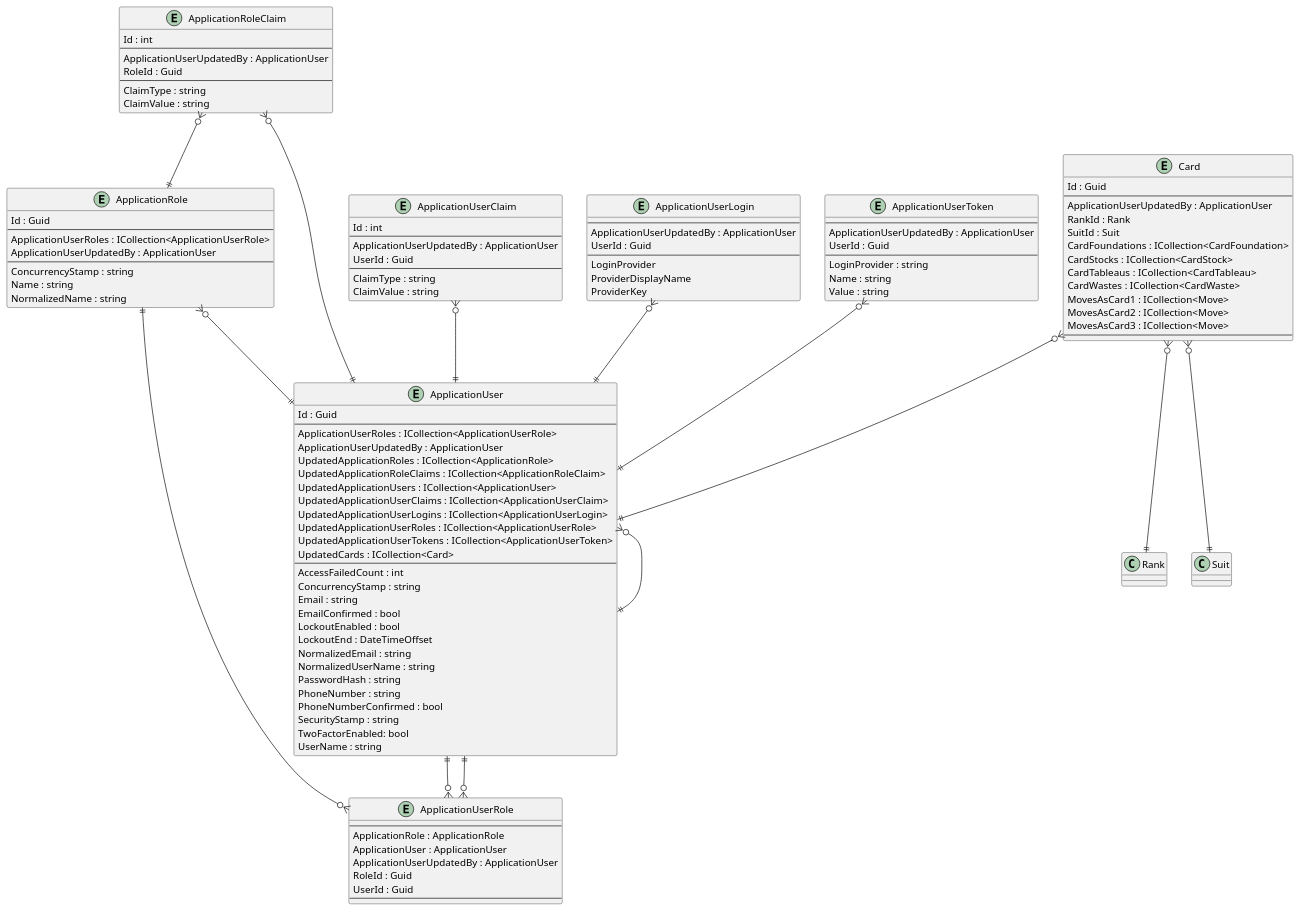
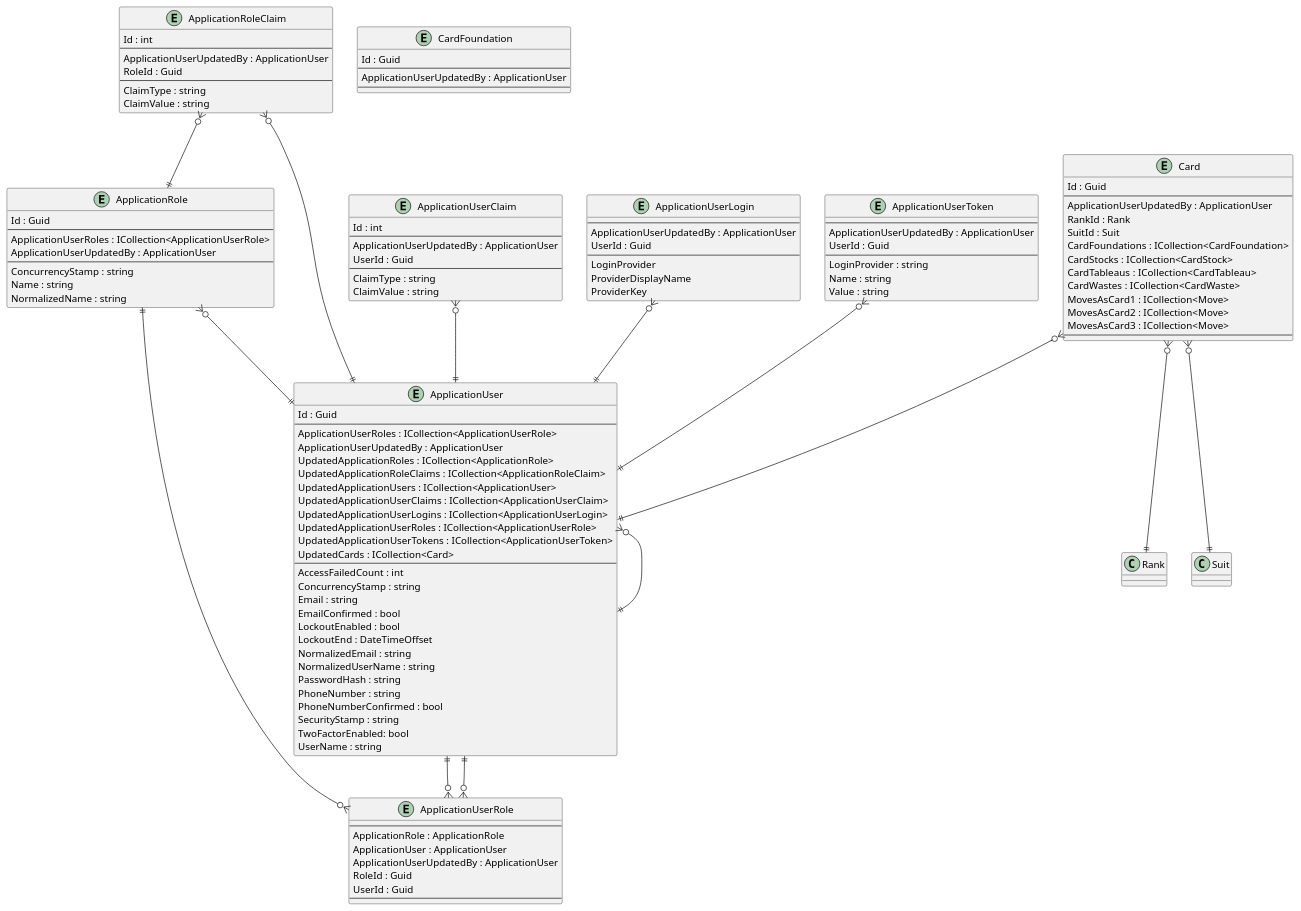
Before and after one commit to intrepion/intrepion_klondike-solitaire_csharp: the diagram in .docs/Intrepion.KlondikeSolitaire.pu, drawn with PlantUML.

```diff
--- a/.docs/Intrepion.KlondikeSolitaire.pu
+++ b/.docs/Intrepion.KlondikeSolitaire.pu
@@ -1,131 +1,140 @@
 @startuml
 
 entity ApplicationRole {
     Id : Guid
     --
     ApplicationUserRoles : ICollection<ApplicationUserRole>
     ApplicationUserUpdatedBy : ApplicationUser
     --
     ConcurrencyStamp : string
     Name : string
     NormalizedName : string
 }
 
 entity ApplicationRoleClaim {
     Id : int
     --
     ApplicationUserUpdatedBy : ApplicationUser
     RoleId : Guid
     --
     ClaimType : string
     ClaimValue : string
 }
 
 entity ApplicationUser {
     Id : Guid
     --
     ApplicationUserRoles : ICollection<ApplicationUserRole>
     ApplicationUserUpdatedBy : ApplicationUser
     UpdatedApplicationRoles : ICollection<ApplicationRole>
     UpdatedApplicationRoleClaims : ICollection<ApplicationRoleClaim>
     UpdatedApplicationUsers : ICollection<ApplicationUser>
     UpdatedApplicationUserClaims : ICollection<ApplicationUserClaim>
     UpdatedApplicationUserLogins : ICollection<ApplicationUserLogin>
     UpdatedApplicationUserRoles : ICollection<ApplicationUserRole>
     UpdatedApplicationUserTokens : ICollection<ApplicationUserToken>
     UpdatedCards : ICollection<Card>
     ' ApplicationUserKeyCodePlaceholder
     --
     AccessFailedCount : int
     ConcurrencyStamp : string
     Email : string
     EmailConfirmed : bool
     LockoutEnabled : bool
     LockoutEnd : DateTimeOffset
     NormalizedEmail : string
     NormalizedUserName : string
     PasswordHash : string
     PhoneNumber : string
     PhoneNumberConfirmed : bool
     SecurityStamp : string
     TwoFactorEnabled: bool
     UserName : string
 }
 
 entity ApplicationUserClaim {
     Id : int
     --
     ApplicationUserUpdatedBy : ApplicationUser
     UserId : Guid
     --
     ClaimType : string
     ClaimValue : string
 }
 
 entity ApplicationUserLogin {
     --
     ApplicationUserUpdatedBy : ApplicationUser
     UserId : Guid
     --
     LoginProvider
     ProviderDisplayName
     ProviderKey
 }
 
 entity ApplicationUserRole {
     --
     ApplicationRole : ApplicationRole
     ApplicationUser : ApplicationUser
     ApplicationUserUpdatedBy : ApplicationUser
     RoleId : Guid
     UserId : Guid
     --
 }
 
 entity ApplicationUserToken {
     --
     ApplicationUserUpdatedBy : ApplicationUser
     UserId : Guid
     --
     LoginProvider : string
     Name : string
     Value : string
 }
 
 entity Card {
     Id : Guid
     --
     ApplicationUserUpdatedBy : ApplicationUser
     RankId : Rank
     SuitId : Suit
     CardFoundations : ICollection<CardFoundation>
     CardStocks : ICollection<CardStock>
     CardTableaus : ICollection<CardTableau>
     CardWastes : ICollection<CardWaste>
     MovesAsCard1 : ICollection<Move>
     MovesAsCard2 : ICollection<Move>
     MovesAsCard3 : ICollection<Move>
     ' CardKeyCodePlaceholder
     --
     ' CardPropertyCodePlaceholder
 }
 
+entity CardFoundation {
+    Id : Guid
+    --
+    ApplicationUserUpdatedBy : ApplicationUser
+    ' CardFoundationKeyCodePlaceholder
+    --
+    ' CardFoundationPropertyCodePlaceholder
+}
+
 ' EntityCodePlaceholder
 
 ApplicationRole ||--o{ ApplicationUserRole
 ApplicationRole }o--|| ApplicationUser
 ApplicationRoleClaim }o--|| ApplicationRole
 ApplicationRoleClaim }o--|| ApplicationUser
 ApplicationUser }o--|| ApplicationUser
 ApplicationUser ||--o{ ApplicationUserRole
 ApplicationUserClaim }o--|| ApplicationUser
 ApplicationUserLogin }o--|| ApplicationUser
 ApplicationUserRole }o--|| ApplicationUser
 ApplicationUserToken }o--|| ApplicationUser
 
 Card }o--|| ApplicationUser
 Card }o--|| Rank
 Card }o--|| Suit
 ' RelationshipCodePlaceholder
 
 @enduml
```
